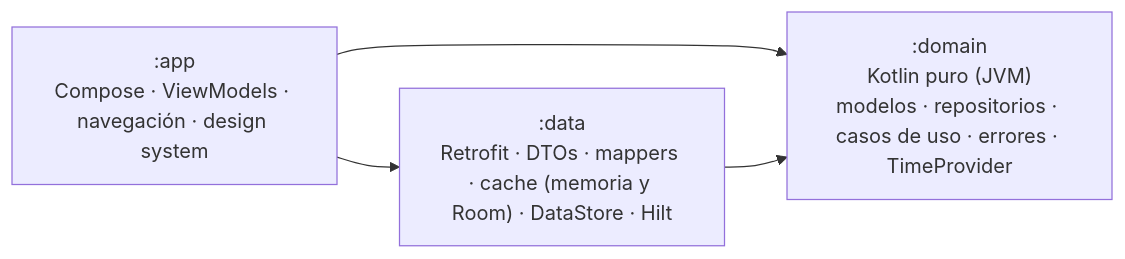
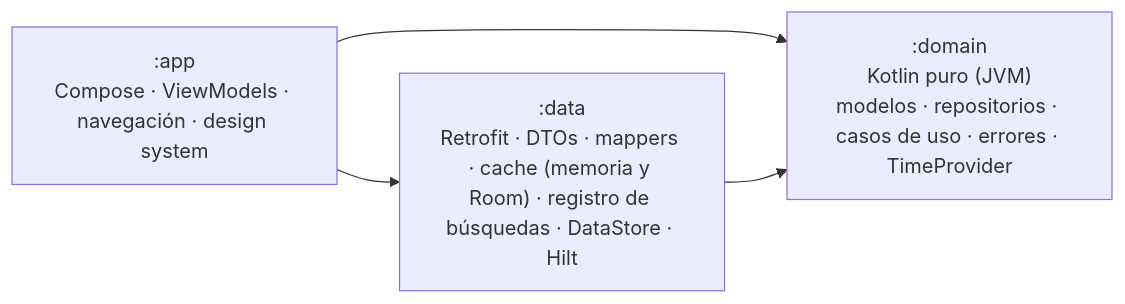
One commit to ChrystianDev/Book-Search-Engine changed the diagram in README.md. Above: the diagram before and after it, drawn with Mermaid. The commit also changed other lines of this file and 22 other files, not shown here.

````diff
--- a/README.md
+++ b/README.md
@@ -74,7 +74,7 @@
 ```mermaid
 graph LR
     app[":app<br/>Compose · ViewModels · navegación · design system"] --> domain
     app --> data
-    data[":data<br/>Retrofit · DTOs · mappers · cache (memoria y Room) · DataStore · Hilt"] --> domain
+    data[":data<br/>Retrofit · DTOs · mappers · cache (memoria y Room) · registro de búsquedas · DataStore · Hilt"] --> domain
     domain[":domain<br/>Kotlin puro (JVM)<br/>modelos · repositorios · casos de uso · errores · TimeProvider"]
 ```
````
